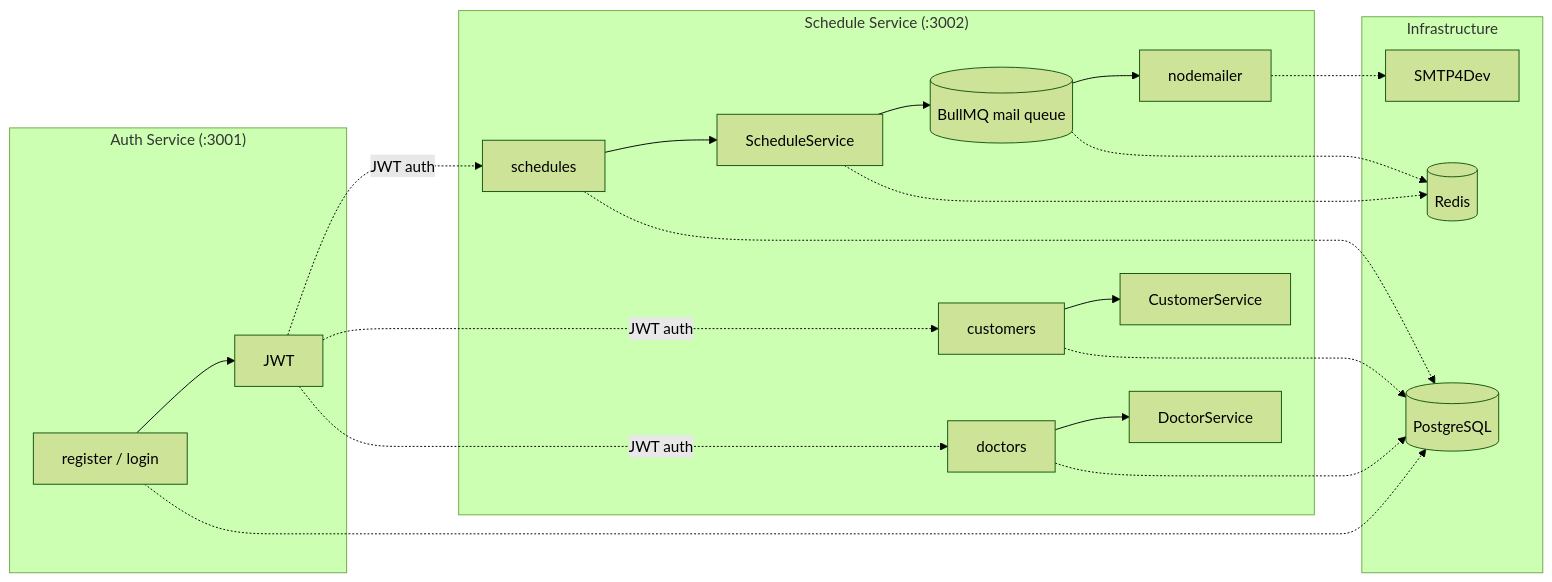
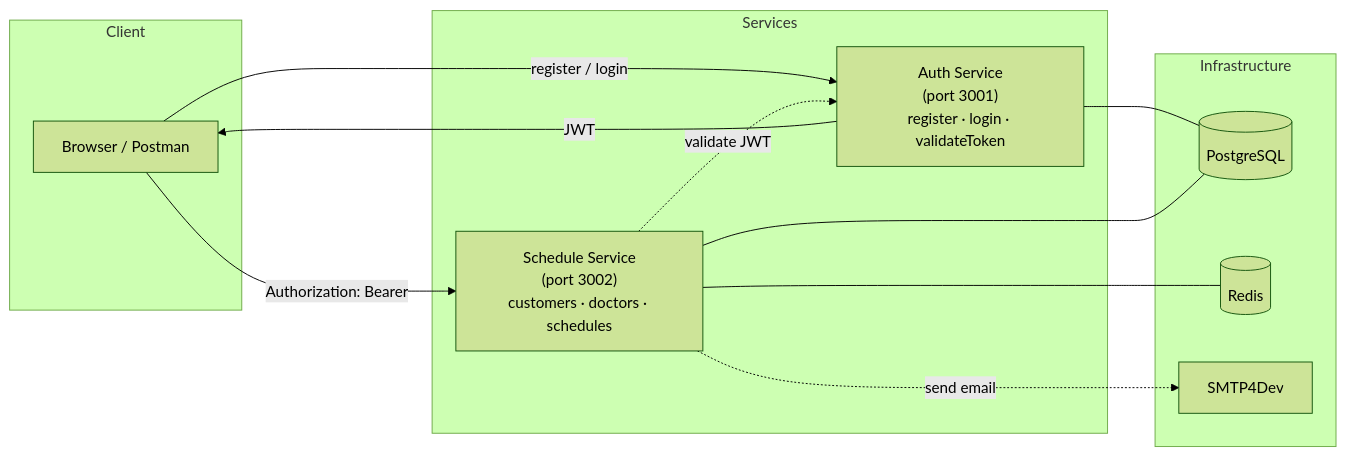
Before and after one commit to moharifhidayat7/healthcare-scheduling-test: the diagram in README.md, drawn with Mermaid (forest theme). The commit also changed 1 other file, not shown here.

Commit message:
docs: simplify mermaid architecture diagram

````diff
--- a/README.md
+++ b/README.md
@@ -33,28 +33,26 @@
 ```mermaid
 graph LR
-    subgraph "Auth Service (:3001)"
-        A[register / login] --> B[JWT]
+    subgraph Client
+        CL[Browser / Postman]
     end
-    subgraph "Schedule Service (:3002)"
-        C[customers] --> D[CustomerService]
-        E[doctors] --> F[DoctorService]
-        G[schedules] --> H[ScheduleService]
-        H --> I[(BullMQ mail queue)]
-        I --> J[nodemailer]
+
+    subgraph "Services"
+        AUTH["Auth Service<br/>(port 3001)<br/>register · login · validateToken"]
+        SCHED["Schedule Service<br/>(port 3002)<br/>customers · doctors · schedules"]
     end
+
     subgraph "Infrastructure"
-        K[(PostgreSQL)]
-        L[(Redis)]
-        M[SMTP4Dev]
+        PG[(PostgreSQL)]
+        RD[(Redis)]
+        SMTP[SMTP4Dev]
     end
-    A -.-> K
-    B -.->|JWT auth| G
-    B -.->|JWT auth| C
-    B -.->|JWT auth| E
-    C -.-> K
-    E -.-> K
-    G -.-> K
-    H -.-> L
-    I -.-> L
-    J -.-> M
+
+    CL -- register / login --> AUTH
+    AUTH -- JWT --> CL
+    CL -- "Authorization: Bearer" --> SCHED
+    SCHED -. validate JWT .-> AUTH
+    AUTH --- PG
+    SCHED --- PG
+    SCHED --- RD
+    SCHED -. send email .-> SMTP
 ```
````
